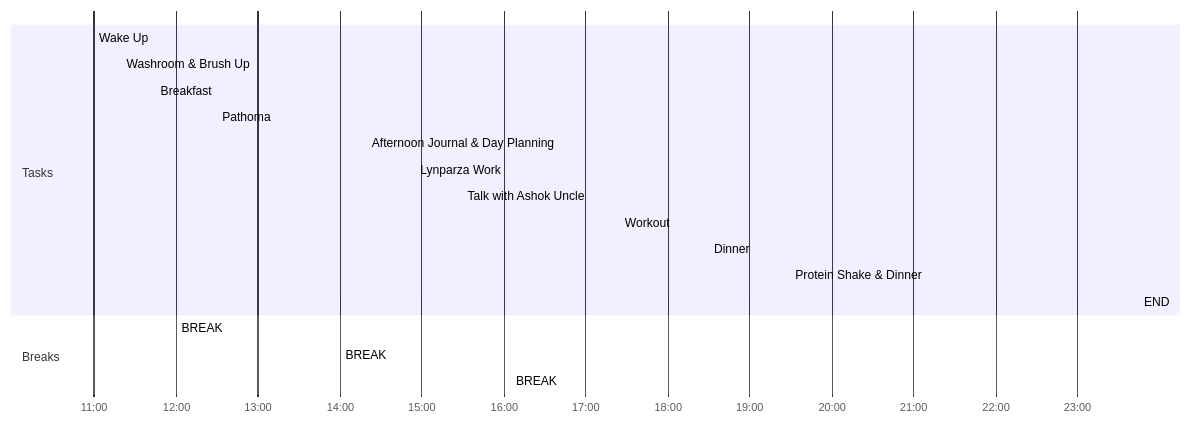
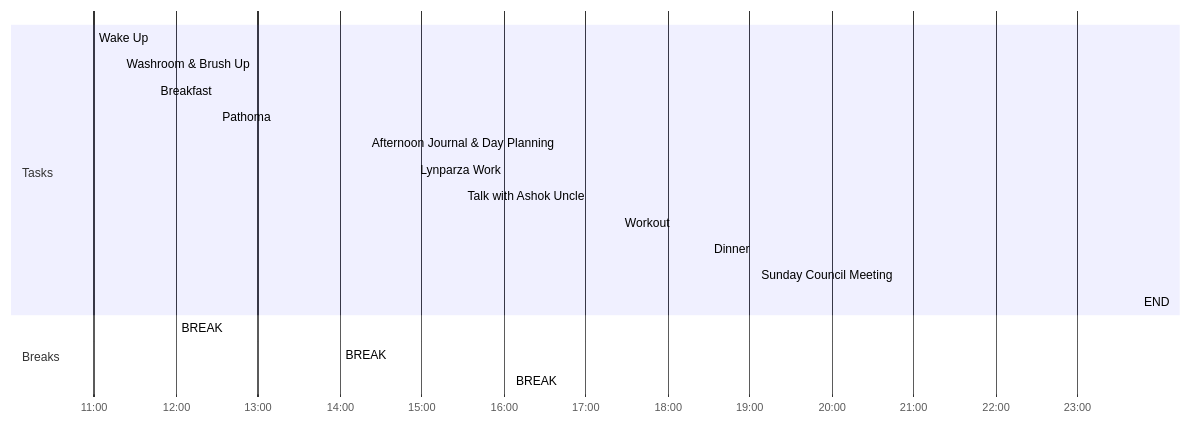
The diagram in 🌱 Journal/2022/Quarter 2/05-May/22-May-22.md (nihitkhandelwal-eng/The_Brainforest), drawn with Mermaid before and after one commit. The commit also changed other lines of this file, not shown here.

Commit message:
Auto Backup: 22-May-22 20:00
Affected files:
🌱 Journal/2022/Quarter 2/05-May/22-May-22.md

````diff
--- a/🌱 Journal/2022/Quarter 2/05-May/22-May-22.md
+++ b/🌱 Journal/2022/Quarter 2/05-May/22-May-22.md
@@ -21,22 +23,22 @@
 ```mermaid
 gantt
     dateFormat  HH-mm
     axisFormat %H:%M
-    %% Current Time: 7:37:43 PM
+    %% Current Time: 8:00:44 PM
     section Tasks
     Wake Up     :11-00, 20mm
     Washroom & Brush Up     :11-20, 25mm
     Breakfast     :11-45, 15mm
     Pathoma     :12-30, 90mm
     Afternoon Journal & Day Planning     :14-20, 35mm
     Lynparza Work     :14-55, 35mm
     Talk with Ashok Uncle     :15-30, 35mm
     Workout     :17-25, 65mm
-    Dinner     :18-30, 60mm
-    Protein Shake & Dinner     :19-30, 255mm
+    Dinner     :18-30, 35mm
+    Sunday Council Meeting     :19-05, 280mm
     END     :23-45, 0mm
     section Breaks
     BREAK     :12-00, 30mm
     BREAK     :14-00, 20mm
     BREAK     :16-05, 80mm
 ```
````
